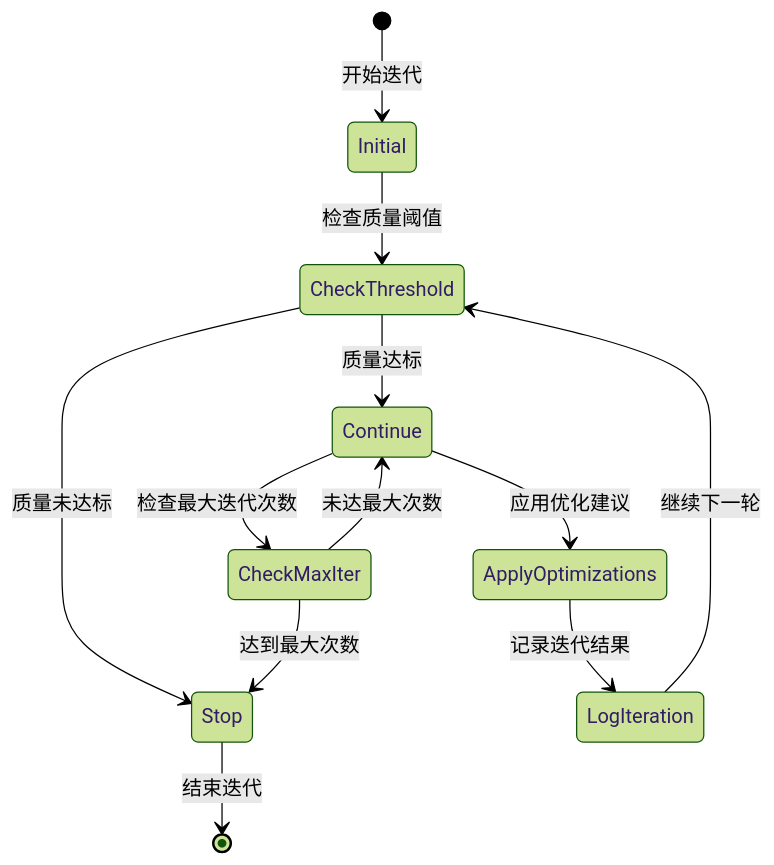
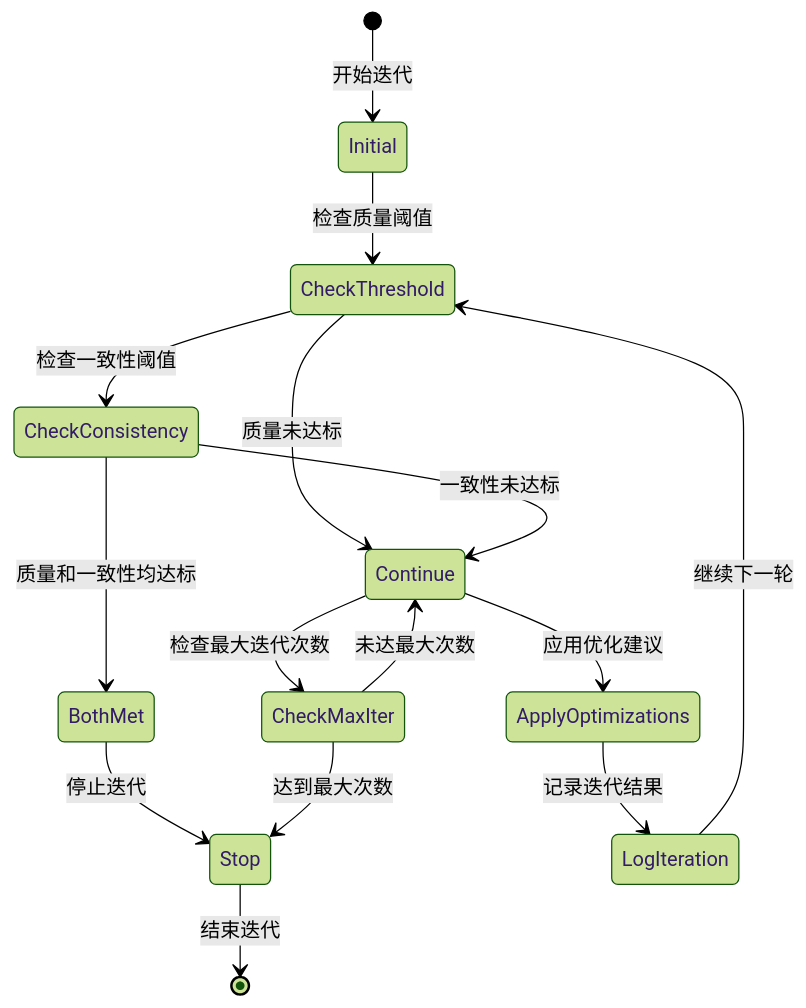
The sixth of 9 diagrams in .qoder/repowiki/zh/content/AI智能体系统/智能大纲完善系统.md (xfbyxq/ai-novel-system), drawn with Mermaid (forest theme) before and after one commit. The commit also changed other lines of this file and 8 other files, not shown here.

````diff
--- a/.qoder/repowiki/zh/content/AI智能体系统/智能大纲完善系统.md
+++ b/.qoder/repowiki/zh/content/AI智能体系统/智能大纲完善系统.md
@@ -342,14 +405,17 @@
 ```mermaid
 stateDiagram-v2
 [*] --> Initial : 开始迭代
 Initial --> CheckThreshold : 检查质量阈值
-CheckThreshold --> Continue : 质量达标
-CheckThreshold --> Stop : 质量未达标
+CheckThreshold --> CheckConsistency : 检查一致性阈值
+CheckConsistency --> BothMet : 质量和一致性均达标
+CheckThreshold --> Continue : 质量未达标
+CheckConsistency --> Continue : 一致性未达标
+BothMet --> Stop : 停止迭代
 Continue --> CheckMaxIter : 检查最大迭代次数
 CheckMaxIter --> Continue : 未达最大次数
 CheckMaxIter --> Stop : 达到最大次数
 Continue --> ApplyOptimizations : 应用优化建议
 ApplyOptimizations --> LogIteration : 记录迭代结果
 LogIteration --> CheckThreshold : 继续下一轮
 Stop --> [*] : 结束迭代
 ```
````
